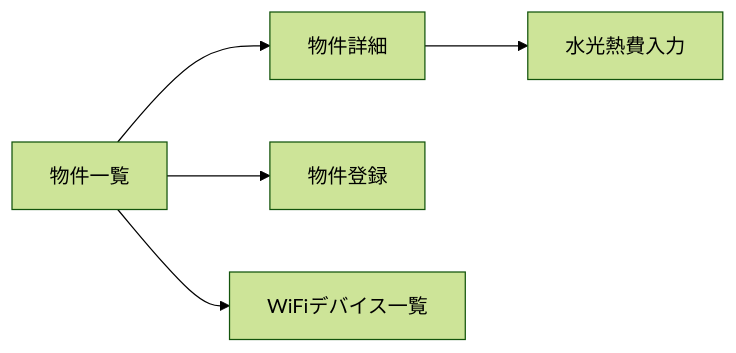
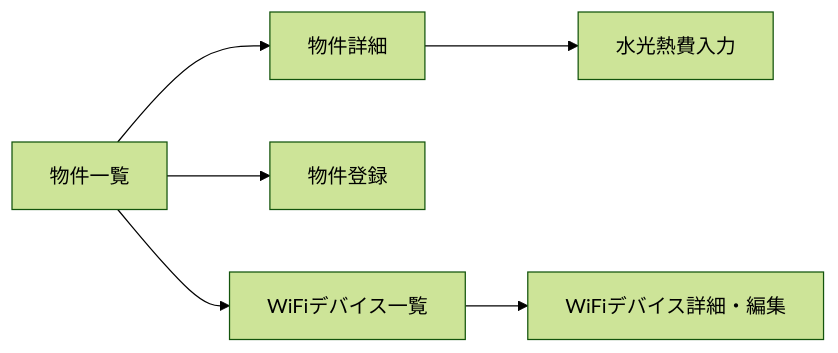
The diagram in docs/02-system-specification/08-facility-management/02-uiux.md (kincapy/joshinan-docs), drawn with Mermaid (forest theme) before and after one commit. The commit also changed other lines of this file and 21 other files, not shown here.

````diff
--- a/docs/02-system-specification/08-facility-management/02-uiux.md
+++ b/docs/02-system-specification/08-facility-management/02-uiux.md
@@ -21,7 +22,8 @@
 ```mermaid
 graph LR
     A[物件一覧] --> B[物件詳細]
     A --> C[物件登録]
     B --> D[水光熱費入力]
     A --> E[WiFiデバイス一覧]
+    E --> F[WiFiデバイス詳細・編集]
 ```
````
